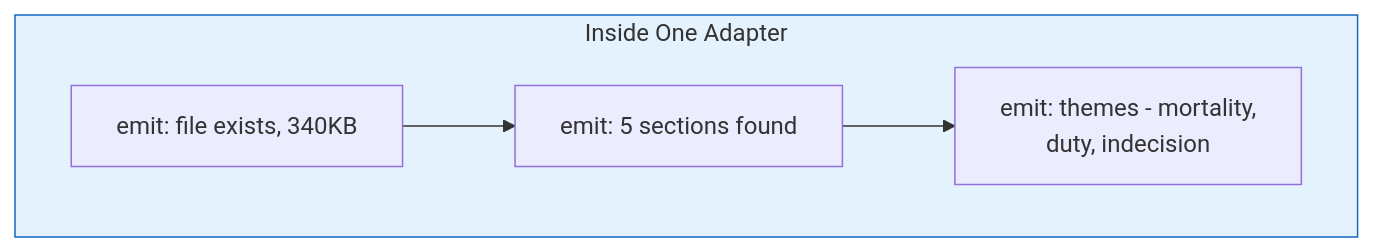
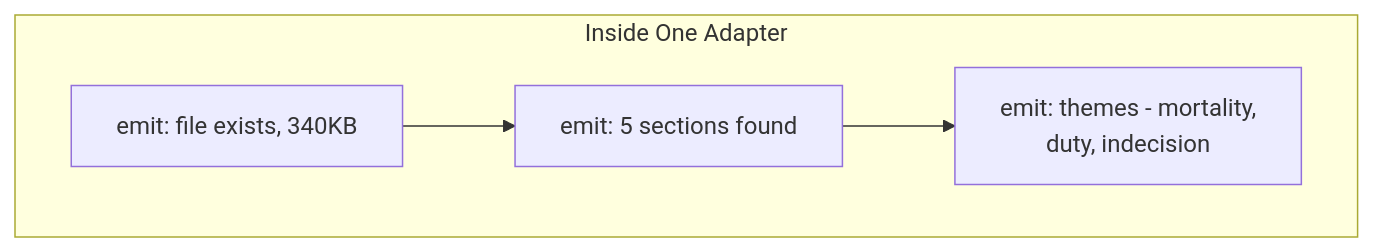
One commit to nrgforge/plexus changed the fourth of 8 diagrams in docs/semantic-adapters.md. Above: the diagram before and after it, drawn with Mermaid. The commit also changed other lines of this file and 1 other file, not shown here.

Commit message:
docs: remove background colors from mermaid diagrams

````diff
--- a/docs/semantic-adapters.md
+++ b/docs/semantic-adapters.md
@@ -99,10 +96,9 @@
 ```mermaid
 flowchart LR
     subgraph phases ["Inside One Adapter"]
         direction LR
         A0["emit: file exists, 340KB"] --> A1["emit: 5 sections found"] --> A3["emit: themes - mortality,
         duty, indecision"]
     end
 
-    style phases fill:#e3f2fd,stroke:#1565c0
 ```
````
